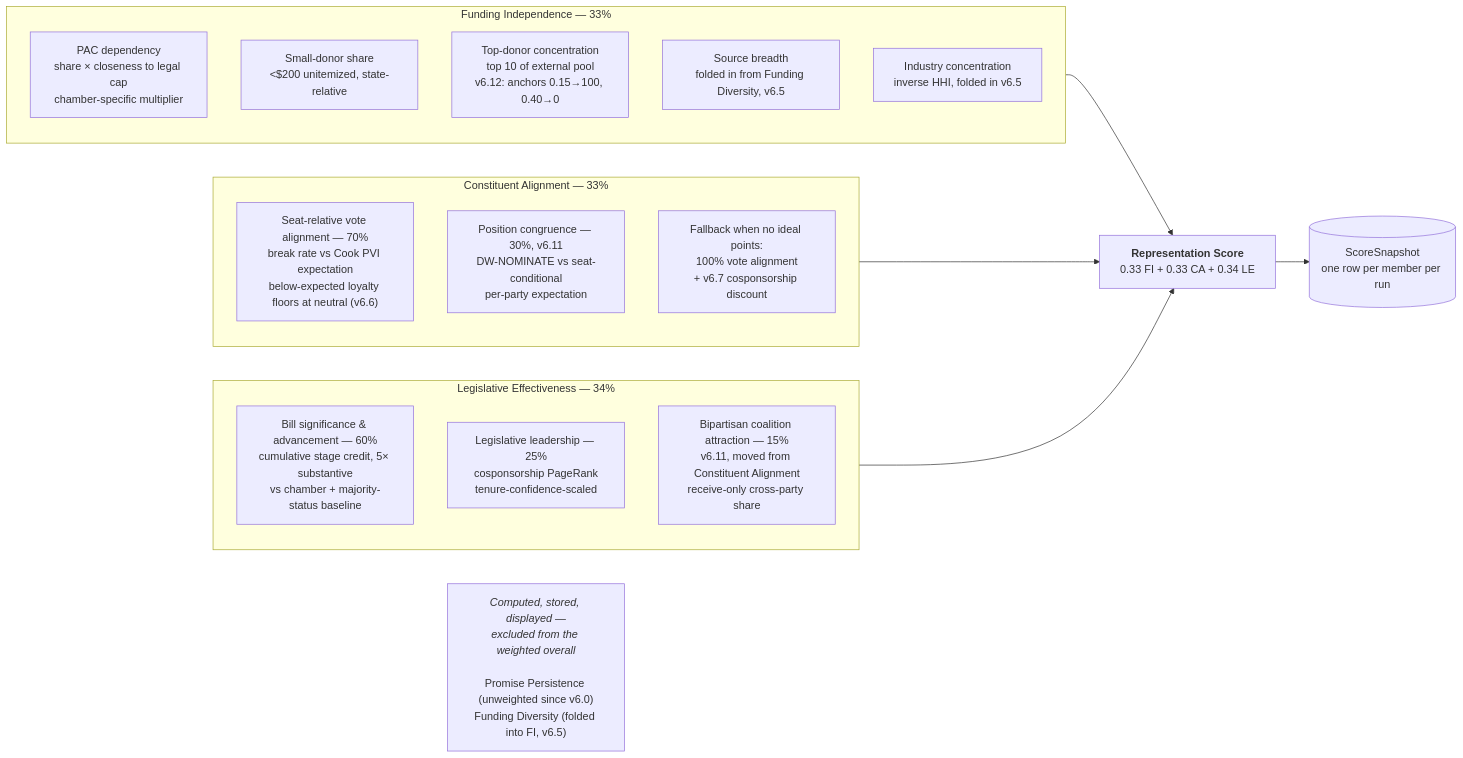
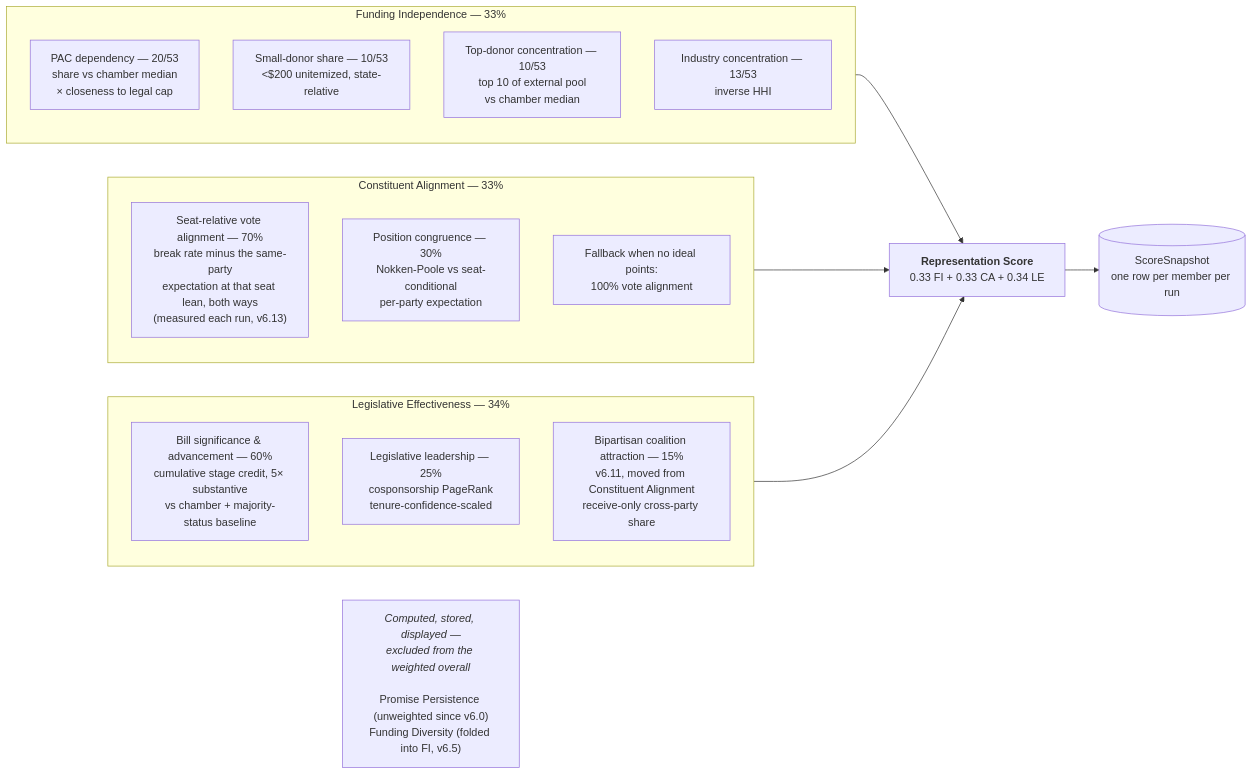
The first of 3 diagrams in docs/diagrams/05-scoring.md (kamoras/civitas), drawn with Mermaid before and after one commit. The commit also changed other lines of this file and 171 other files, not shown here.

First line of the commit message:
Scoring integrity fixes: votes, Congress rollover, funding, leadership, stocks, privacy, measured calibrations, evidence-based scores, benchmarks, citations, Alembic (#615)

````diff
--- a/docs/diagrams/05-scoring.md
+++ b/docs/diagrams/05-scoring.md
@@ -17,30 +17,29 @@
 ```mermaid
 flowchart LR
     subgraph FI["Funding Independence — 33%"]
-        FI1["PAC dependency<br/>share × closeness to legal cap<br/>chamber-specific multiplier"]
-        FI2["Small-donor share<br/>&lt;$200 unitemized, state-relative"]
-        FI3["Top-donor concentration<br/>top 10 of external pool<br/>v6.12: anchors 0.15→100, 0.40→0"]
-        FI4["Source breadth<br/>folded in from Funding Diversity, v6.5"]
-        FI5["Industry concentration<br/>inverse HHI, folded in v6.5"]
+        FI1["PAC dependency — 20/53<br/>share vs chamber median<br/>× closeness to legal cap"]
+        FI2["Small-donor share — 10/53<br/>&lt;$200 unitemized, state-relative"]
+        FI3["Top-donor concentration — 10/53<br/>top 10 of external pool<br/>vs chamber median"]
+        FI5["Industry concentration — 13/53<br/>inverse HHI"]
     end
 
     subgraph CA["Constituent Alignment — 33%"]
-        CA1["Seat-relative vote alignment — 70%<br/>break rate vs Cook PVI expectation<br/>below-expected loyalty floors at neutral (v6.6)"]
-        CA2["Position congruence — 30%, v6.11<br/>DW-NOMINATE vs seat-conditional<br/>per-party expectation"]
-        CA3["Fallback when no ideal points:<br/>100% vote alignment<br/>+ v6.7 cosponsorship discount"]
+        CA1["Seat-relative vote alignment — 70%<br/>break rate minus the same-party<br/>expectation at that seat lean, both ways<br/>(measured each run, v6.13)"]
+        CA2["Position congruence — 30%<br/>Nokken-Poole vs seat-conditional<br/>per-party expectation"]
+        CA3["Fallback when no ideal points:<br/>100% vote alignment"]
     end
 
     subgraph LE["Legislative Effectiveness — 34%"]
         LE1["Bill significance &amp; advancement — 60%<br/>cumulative stage credit, 5× substantive<br/>vs chamber + majority-status baseline"]
         LE2["Legislative leadership — 25%<br/>cosponsorship PageRank<br/>tenure-confidence-scaled"]
         LE3["Bipartisan coalition attraction — 15%<br/>v6.11, moved from Constituent Alignment<br/>receive-only cross-party share"]
     end
 
     FI --> OVERALL["<b>Representation Score</b><br/>0.33 FI + 0.33 CA + 0.34 LE"]
     CA --> OVERALL
     LE --> OVERALL
 
     OVERALL --> SNAP[("ScoreSnapshot<br/>one row per member per run")]
 
     UNW["<i>Computed, stored, displayed —<br/>excluded from the weighted overall</i><br/><br/>Promise Persistence (unweighted since v6.0)<br/>Funding Diversity (folded into FI, v6.5)"]
 ```
````
